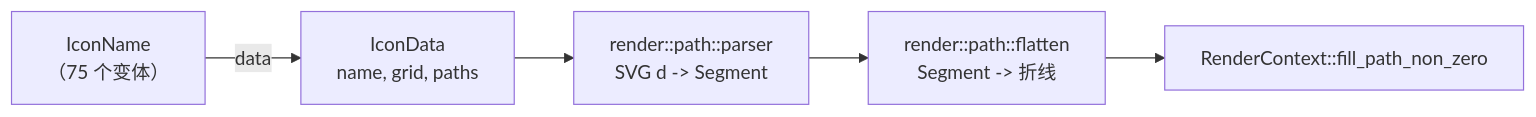
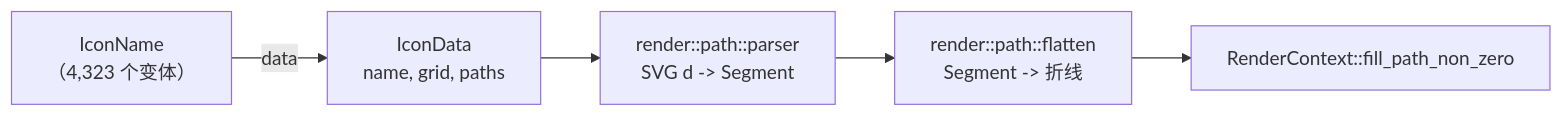
One commit to mikewolfli/rust-widgets changed the sixth of 6 diagrams in cookbook/zh-CN/src/chapters/architecture.md. Above: the diagram before and after it, drawn with Mermaid. The commit also changed other lines of this file and 4675 other files, not shown here.

````diff
--- a/cookbook/zh-CN/src/chapters/architecture.md
+++ b/cookbook/zh-CN/src/chapters/architecture.md
@@ -895,13 +900,13 @@
 ```mermaid
 graph LR
-    ENUM["IconName<br/>（75 个变体）"]
+    ENUM["IconName<br/>（4,323 个变体）"]
     DATA["IconData<br/>name, grid, paths"]
     PARSE["render::path::parser<br/>SVG d -> Segment"]
     FLAT["render::path::flatten<br/>Segment -> 折线"]
     FILL["RenderContext::fill_path_non_zero"]
 
     ENUM -->|data| DATA
     DATA --> PARSE
     PARSE --> FLAT
     FLAT --> FILL
 ```
````
